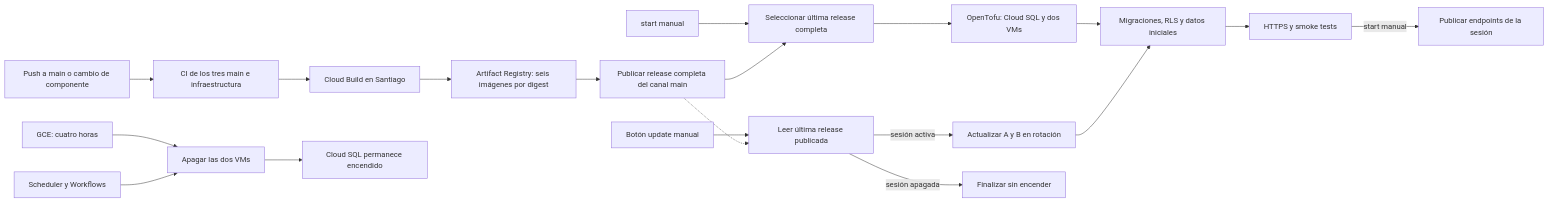
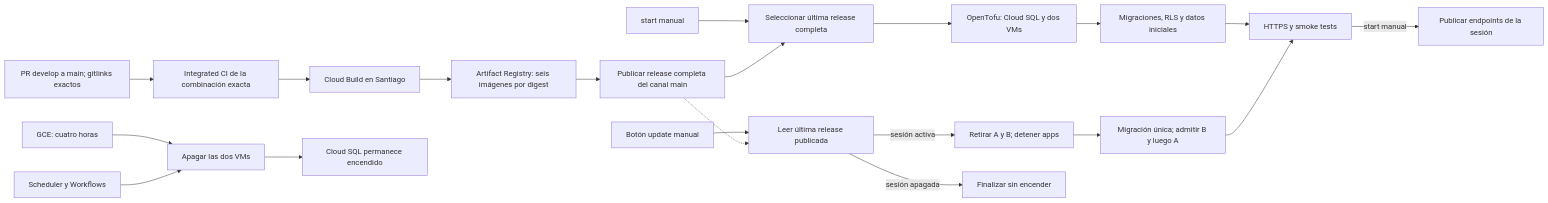
Before and after one commit to NexoRuta/NexoRuta: the diagram in infra/gcp/README.md, drawn with Mermaid. The commit also changed other lines of this file and 63 other files, not shown here.

````diff
--- a/infra/gcp/README.md
+++ b/infra/gcp/README.md
@@ -53,21 +55,22 @@
 ```mermaid
 flowchart LR
-    A[Push a main o cambio de componente] --> B[CI de los tres main e infraestructura]
+    A[PR develop a main; gitlinks exactos] --> B[Integrated CI de la combinación exacta]
     B --> C[Cloud Build en Santiago]
     C --> D[Artifact Registry: seis imágenes por digest]
     D --> E[Publicar release completa del canal main]
     S[start manual] --> P[Seleccionar última release completa]
     E --> P
     P --> F[OpenTofu: Cloud SQL y dos VMs]
     U[Botón update manual] --> V[Leer última release publicada]
     E -.-> V
-    V -->|sesión activa| G[Actualizar A y B en rotación]
+    V -->|sesión activa| G[Retirar A y B; detener apps]
     V -->|sesión apagada| O[Finalizar sin encender]
     F --> H[Migraciones, RLS y datos iniciales]
-    G --> H
+    G --> J[Migración única; admitir B y luego A]
     H --> I[HTTPS y smoke tests]
+    J --> I
     I -->|start manual| Q[Publicar endpoints de la sesión]
     K[GCE: cuatro horas] --> L[Apagar las dos VMs]
     M[Scheduler y Workflows] --> L
     L --> N[Cloud SQL permanece encendido]
 ```
````
